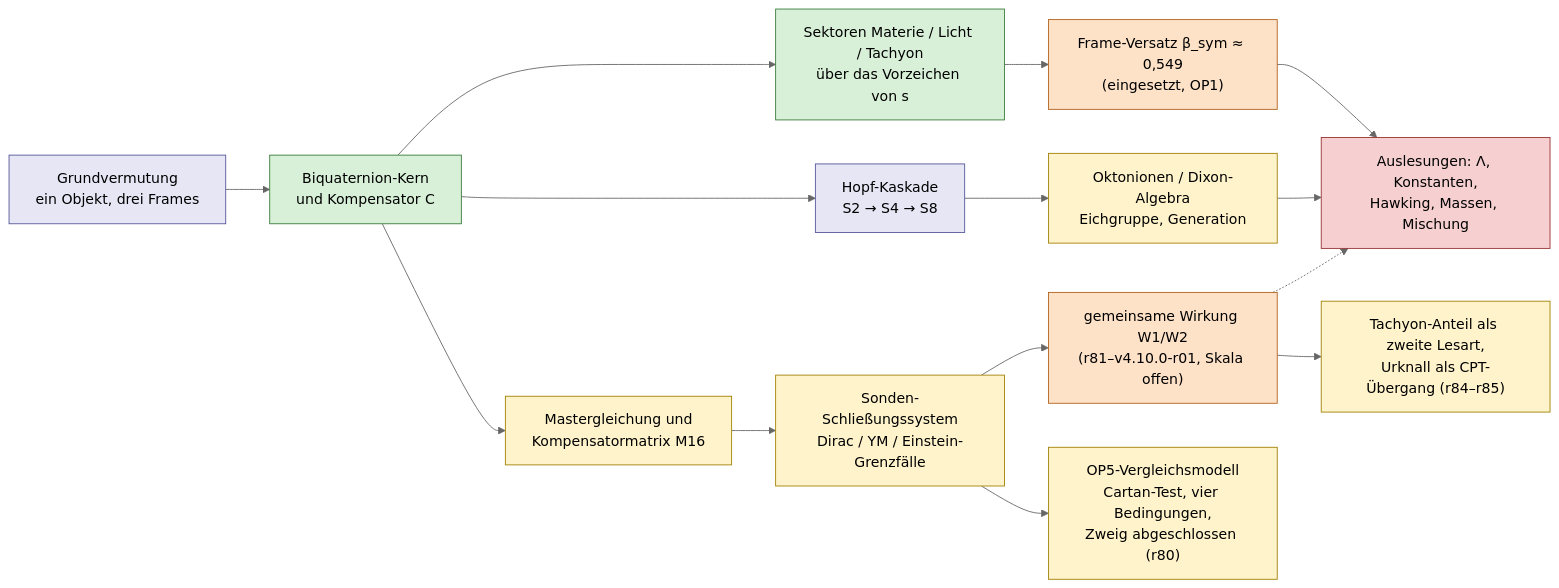
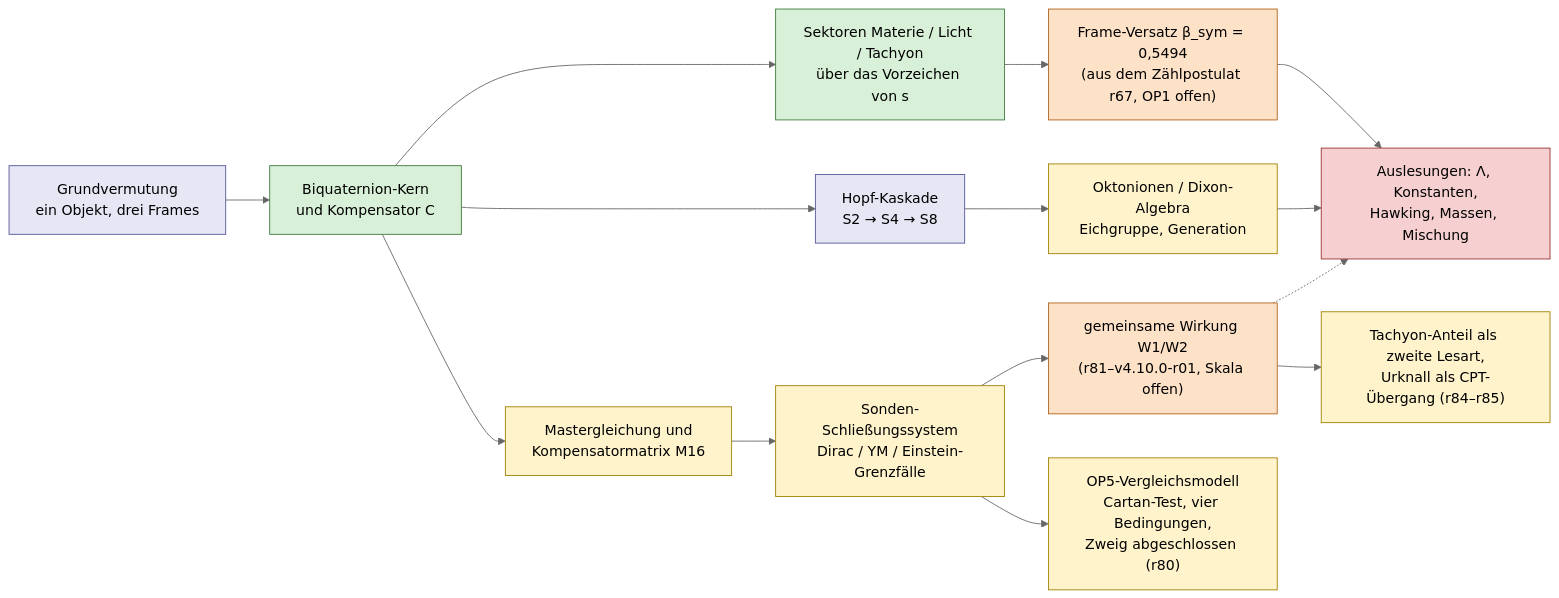
The second of 2 diagrams in wiki/Gesamtbild.md (Moriarty1982/QuantumSphere-Unfold), drawn with Mermaid (neutral theme) before and after one commit. The commit also changed other lines of this file and 23 other files, not shown here.

````diff
--- a/wiki/Gesamtbild.md
+++ b/wiki/Gesamtbild.md
@@ -102,21 +102,21 @@
 ```mermaid
 flowchart LR
   V["Grundvermutung<br/>ein Objekt, drei Frames"]:::verm --> K["Biquaternion-Kern<br/>und Kompensator C"]:::ok
   K --> S["Sektoren Materie / Licht / Tachyon<br/>über das Vorzeichen von s"]:::ok
   K --> H["Hopf-Kaskade<br/>S2 → S4 → S8"]:::verm
   H --> O["Oktonionen / Dixon-Algebra<br/>Eichgruppe, Generation"]:::bed
-  S --> B["Frame-Versatz β_sym ≈ 0,549<br/>(eingesetzt, OP1)"]:::offen
+  S --> B["Frame-Versatz β_sym = 0,5494<br/>(aus dem Zählpostulat r67, OP1 offen)"]:::offen
   B --> P["Auslesungen: Λ, Konstanten,<br/>Hawking, Massen, Mischung"]:::wid
   O --> P
   K --> M["Mastergleichung und<br/>Kompensatormatrix M16"]:::bed
   M --> F["Sonden-Schließungssystem<br/>Dirac / YM / Einstein-Grenzfälle"]:::bed
   F --> D["gemeinsame Wirkung W1/W2<br/>(r81–v4.10.0-r01, Skala offen)"]:::offen
   D --> W["Tachyon-Anteil als zweite Lesart,<br/>Urknall als CPT-Übergang (r84–r85)"]:::bed
   D -.-> P
   F --> OP5["OP5-Vergleichsmodell<br/>Cartan-Test, vier Bedingungen,<br/>Zweig abgeschlossen (r80)"]:::bed
   classDef ok fill:#d8f0d8,stroke:#3a7a3a,color:#000
   classDef verm fill:#e6e6f5,stroke:#55559a,color:#000
   classDef bed fill:#fff3cc,stroke:#a08000,color:#000
   classDef offen fill:#fde2c8,stroke:#b0601a,color:#000
   classDef wid fill:#f6d0d0,stroke:#9a3030,color:#000
 ```
````
